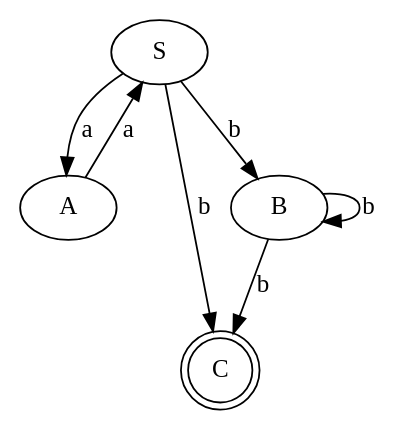
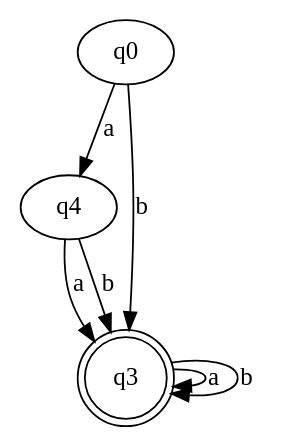
Before and after one commit to cchenzi/INE5421: the diagram in Digraph.gv, drawn with Graphviz. The commit also changed 8 other files, not shown here.

```diff
--- a/Digraph.gv
+++ b/Digraph.gv
@@ -1,10 +1,10 @@
-// NFA
+// DFA
 digraph {
-	S -> A [label=a]
-	S -> C [label=b]
-	S -> B [label=b]
-	A -> S [label=a]
-	B -> C [label=b]
-	B -> B [label=b]
-	C [shape=doublecircle]
+	q0 -> q4 [label=a]
+	q0 -> q3 [label=b]
+	q3 -> q3 [label=a]
+	q3 -> q3 [label=b]
+	q4 -> q3 [label=a]
+	q4 -> q3 [label=b]
+	q3 [shape=doublecircle]
 }
```
